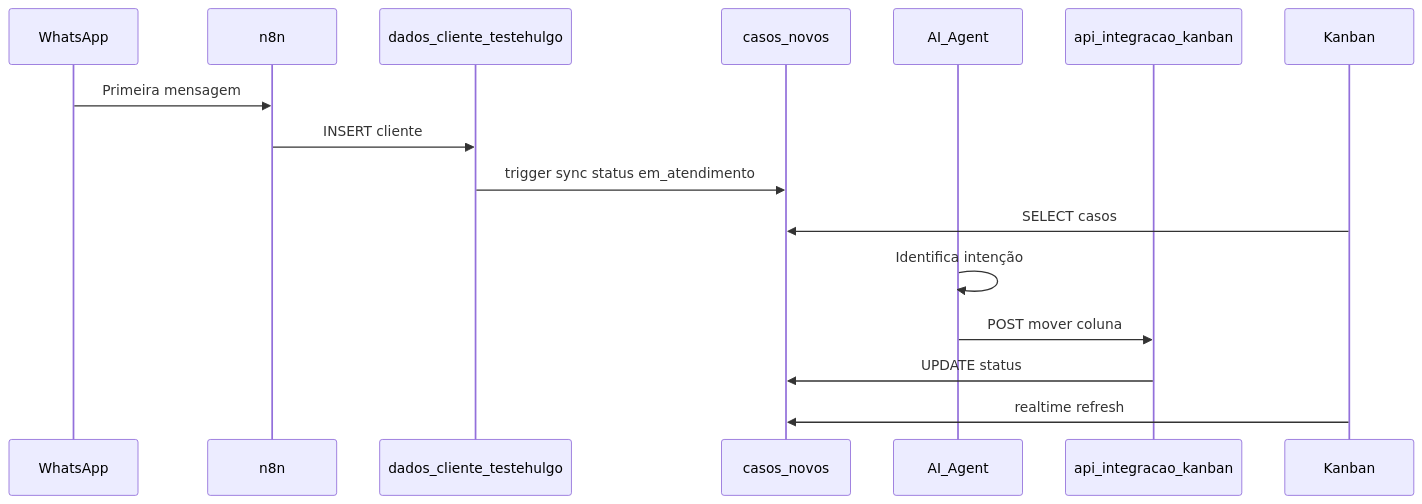
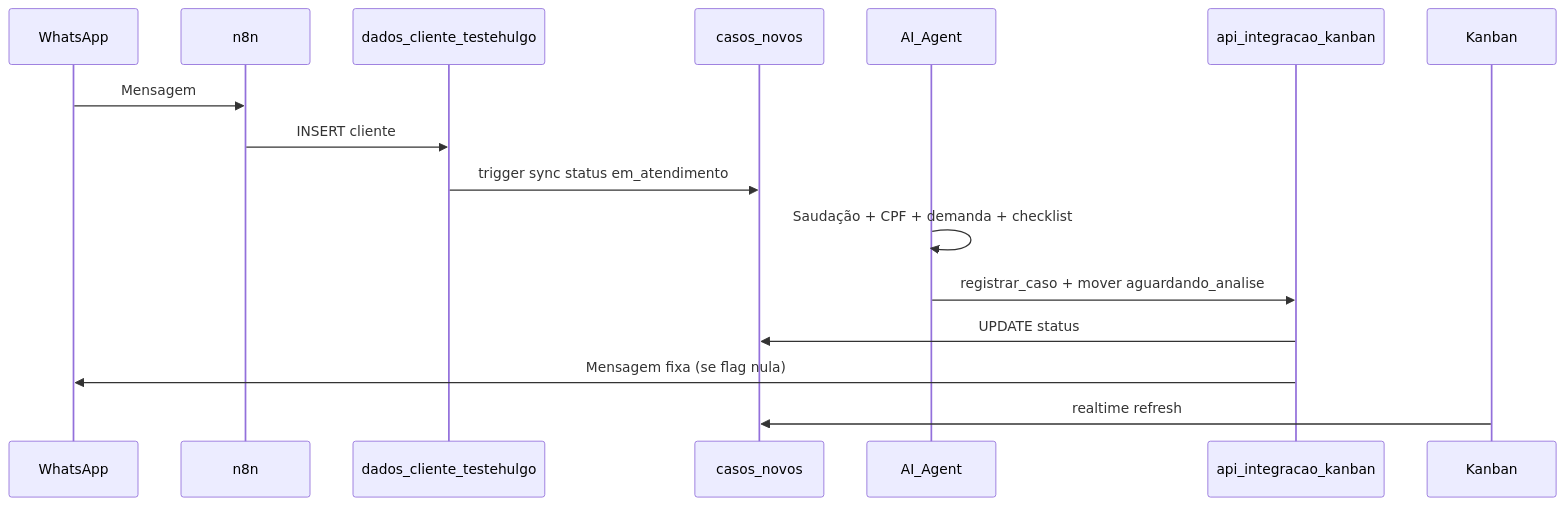
Before and after one commit to guihp/hulgo: the diagram in docs/KANBAN-FLUXO.md, drawn with Mermaid. The commit also changed other lines of this file and 25 other files, not shown here.

````diff
--- a/docs/KANBAN-FLUXO.md
+++ b/docs/KANBAN-FLUXO.md
@@ -7,19 +7,19 @@
 ```mermaid
 sequenceDiagram
   participant WA as WhatsApp
   participant n8n as n8n
   participant Dados as dados_cliente_testehulgo
   participant DB as casos_novos
   participant IA as AI_Agent
   participant API as api_integracao_kanban
   participant UI as Kanban
 
-  WA->>n8n: Primeira mensagem
+  WA->>n8n: Mensagem
   n8n->>Dados: INSERT cliente
   Dados->>DB: trigger sync status em_atendimento
-  UI->>DB: SELECT casos
-  IA->>IA: Identifica intenção
-  IA->>API: POST mover coluna
+  IA->>IA: Saudação + CPF + demanda + checklist
+  IA->>API: registrar_caso + mover aguardando_analise
   API->>DB: UPDATE status
+  API->>WA: Mensagem fixa (se flag nula)
   UI->>DB: realtime refresh
 ```
````
